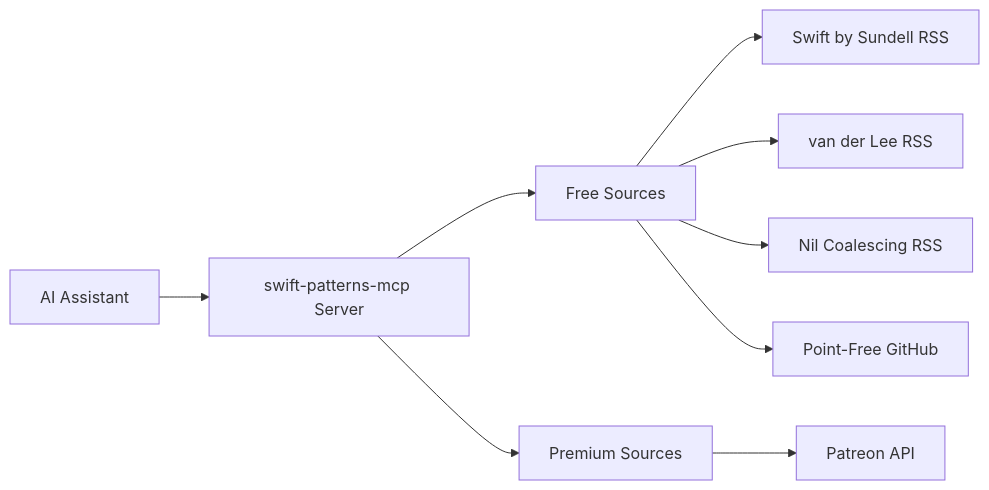
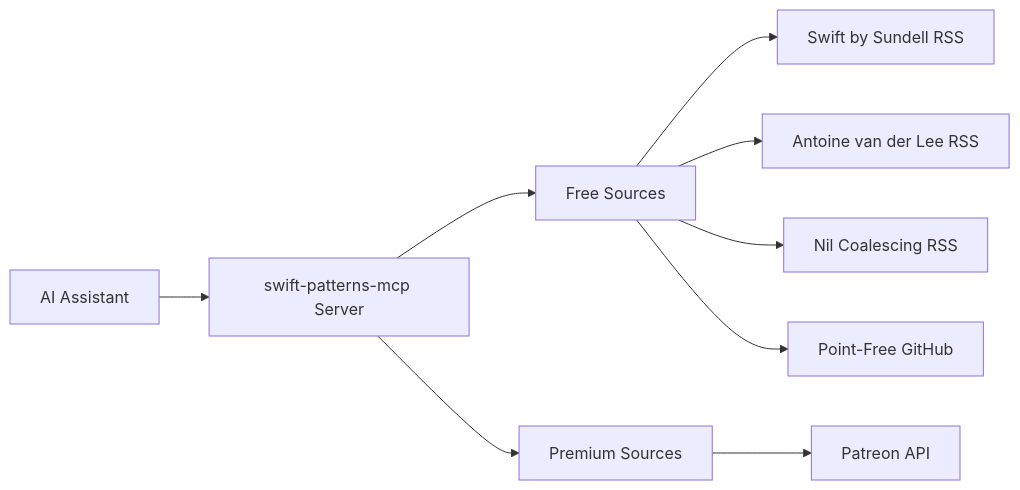
Before and after one commit to efremidze/swift-patterns-mcp: the diagram in README.md, drawn with Mermaid.

````diff
--- a/README.md
+++ b/README.md
@@ -373,11 +373,11 @@
 ```mermaid
 graph LR
     A[AI Assistant] --> B[swift-patterns-mcp Server]
     B --> C[Free Sources]
     B --> D[Premium Sources]
     C --> E[Swift by Sundell RSS]
-    C --> F[van der Lee RSS]
+    C --> F[Antoine van der Lee RSS]
     C --> G[Nil Coalescing RSS]
     C --> H[Point-Free GitHub]
     D --> I[Patreon API]
 ```
````
